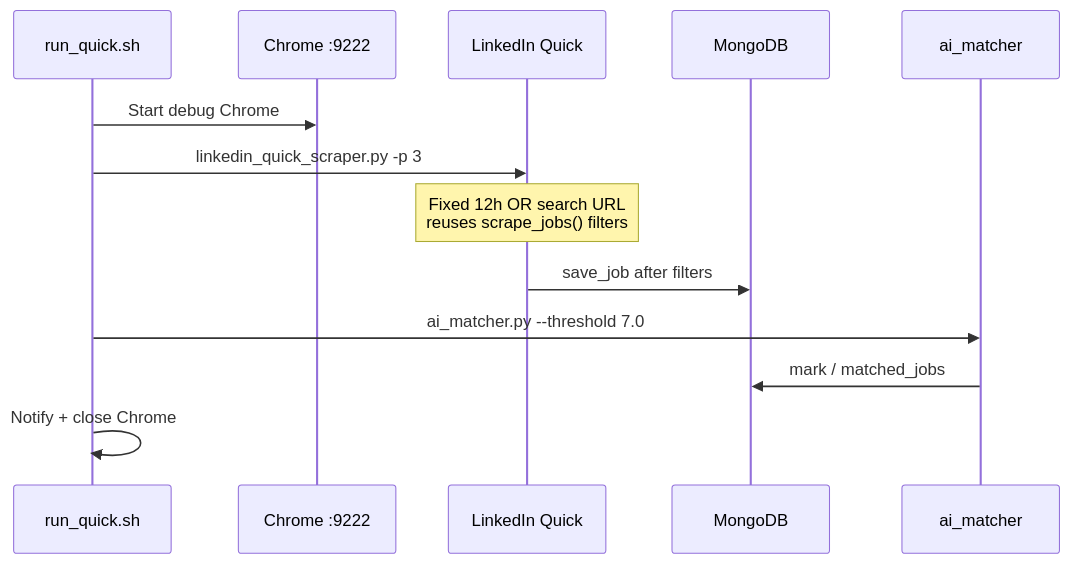
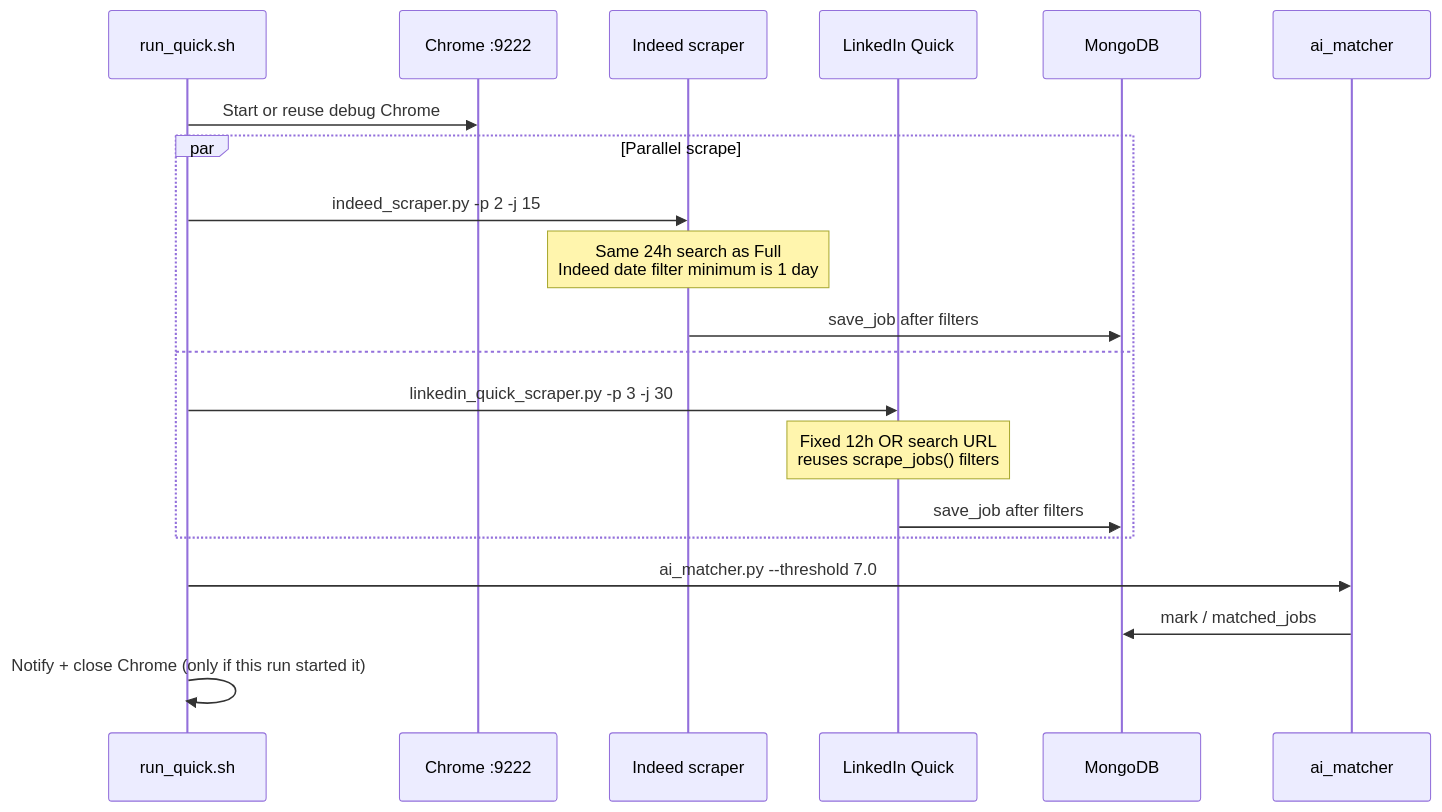
The third of 5 diagrams in docs/architecture.md (CarrieNong/job_scraper), drawn with Mermaid before and after one commit. The commit also changed other lines of this file and 11 other files, not shown here.

First line of the commit message:
feat: expand light scrape to Indeed+LinkedIn with page limits

````diff
--- a/docs/architecture.md
+++ b/docs/architecture.md
@@ -152,16 +152,23 @@
 ```mermaid
 sequenceDiagram
     participant S as run_quick.sh
     participant C as Chrome :9222
+    participant I as Indeed scraper
     participant Q as LinkedIn Quick
     participant DB as MongoDB
     participant AI as ai_matcher
 
-    S->>C: Start debug Chrome
-    S->>Q: linkedin_quick_scraper.py -p 3
-    Note over Q: Fixed 12h OR search URL<br/>reuses scrape_jobs() filters
-    Q->>DB: save_job after filters
+    S->>C: Start or reuse debug Chrome
+    par Parallel scrape
+        S->>I: indeed_scraper.py -p 2 -j 15
+        Note over I: Same 24h search as Full<br/>Indeed date filter minimum is 1 day
+        I->>DB: save_job after filters
+    and
+        S->>Q: linkedin_quick_scraper.py -p 3 -j 30
+        Note over Q: Fixed 12h OR search URL<br/>reuses scrape_jobs() filters
+        Q->>DB: save_job after filters
+    end
     S->>AI: ai_matcher.py --threshold 7.0
     AI->>DB: mark / matched_jobs
-    S->>S: Notify + close Chrome
+    S->>S: Notify + close Chrome (only if this run started it)
 ```
````
